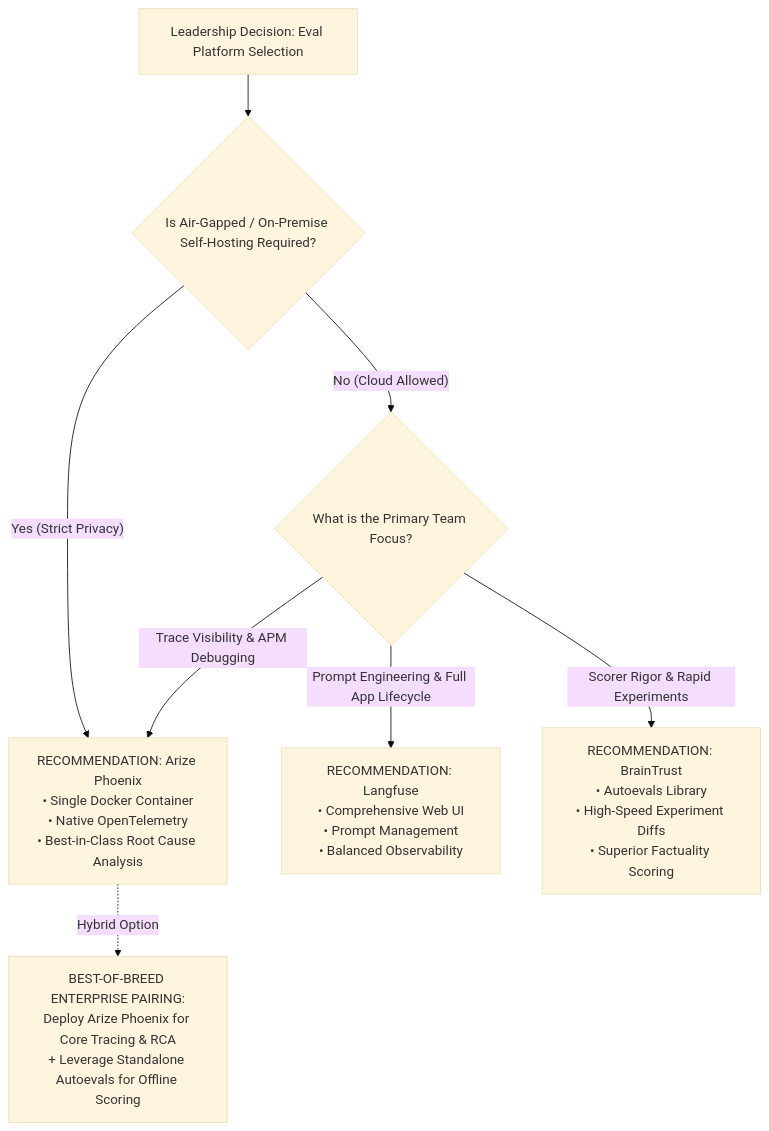
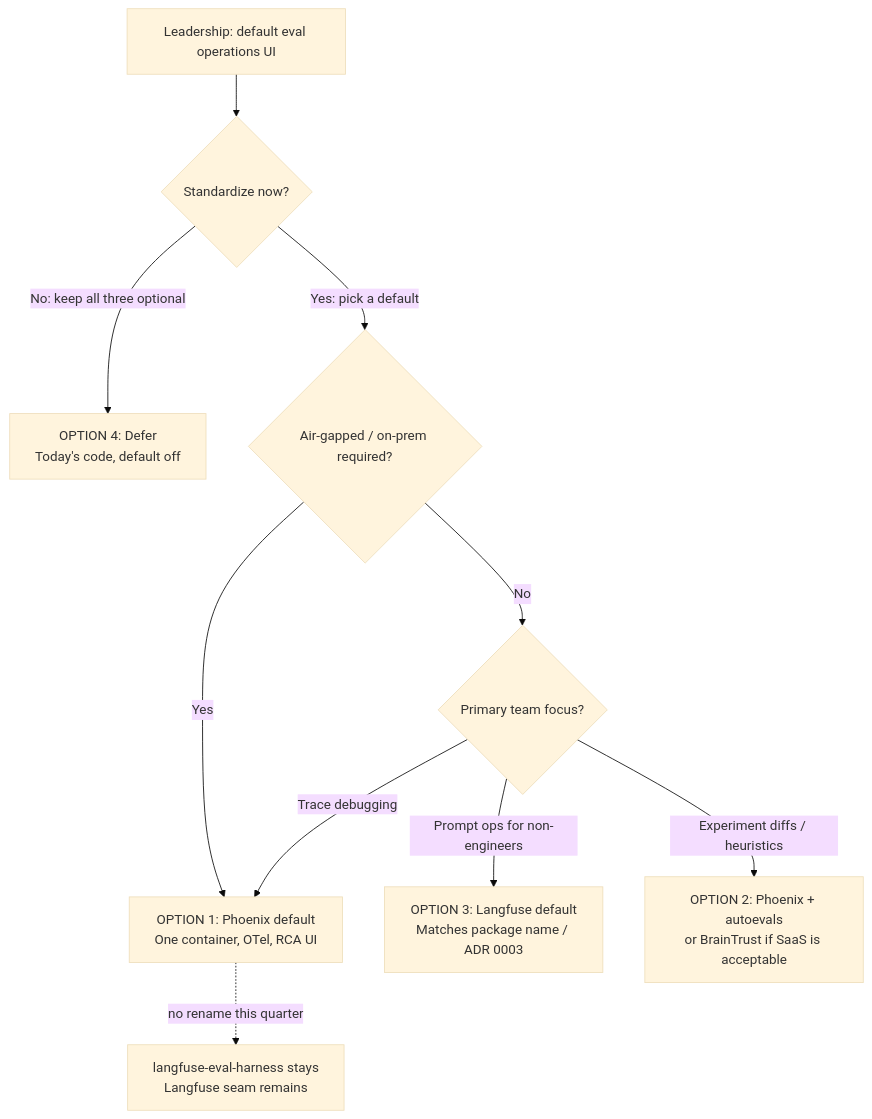
One commit to ianshank/Agents changed the diagram in docs/executive-report-eval-tools.md. Above: the diagram before and after it, drawn with Mermaid (base theme). The commit also changed other lines of this file and 10 other files, not shown here.

First line of the commit message:
docs: ship VP decision package for eval-tool selection

````diff
--- a/docs/executive-report-eval-tools.md
+++ b/docs/executive-report-eval-tools.md
@@ -124,14 +144,12 @@
 ```mermaid
 graph TD
-    Start["Leadership Decision: Eval Platform Selection"] --> Q1{"Is Air-Gapped / On-Premise Self-Hosting Required?"}
-    
-    Q1 -- "Yes (Strict Privacy)" --> DecPhoenix["RECOMMENDATION: Arize Phoenix<br/>• Single Docker Container<br/>• Native OpenTelemetry<br/>• Best-in-Class Root Cause Analysis"]
-    
-    Q1 -- "No (Cloud Allowed)" --> Q2{"What is the Primary Team Focus?"}
-    
-    Q2 -- "Trace Visibility & APM Debugging" --> DecPhoenix
-    Q2 -- "Prompt Engineering & Full App Lifecycle" --> DecLangfuse["RECOMMENDATION: Langfuse<br/>• Comprehensive Web UI<br/>• Prompt Management<br/>• Balanced Observability"]
-    Q2 -- "Scorer Rigor & Rapid Experiments" --> DecBraintrust["RECOMMENDATION: BrainTrust<br/>• Autoevals Library<br/>• High-Speed Experiment Diffs<br/>• Superior Factuality Scoring"]
-
-    DecPhoenix -. "Hybrid Option" .-> Hybrid["BEST-OF-BREED ENTERPRISE PAIRING:<br/>Deploy Arize Phoenix for Core Tracing & RCA<br/>+ Leverage Standalone Autoevals for Offline Scoring"]
+    Start["Leadership: default eval operations UI"] --> Q0{"Standardize now?"}
+    Q0 -- "No: keep all three optional" --> DecDefer["OPTION 4: Defer<br/>Today's code, default off"]
+    Q0 -- "Yes: pick a default" --> Q1{"Air-gapped / on-prem required?"}
+    Q1 -- "Yes" --> DecPhoenix["OPTION 1: Phoenix default<br/>One container, OTel, RCA UI"]
+    Q1 -- "No" --> Q2{"Primary team focus?"}
+    Q2 -- "Trace debugging" --> DecPhoenix
+    Q2 -- "Prompt ops for non-engineers" --> DecLangfuse["OPTION 3: Langfuse default<br/>Matches package name / ADR 0003"]
+    Q2 -- "Experiment diffs / heuristics" --> DecHybrid["OPTION 2: Phoenix + autoevals<br/>or BrainTrust if SaaS is acceptable"]
+    DecPhoenix -. "no rename this quarter" .-> NameNote["langfuse-eval-harness stays<br/>Langfuse seam remains"]
 ```
````
